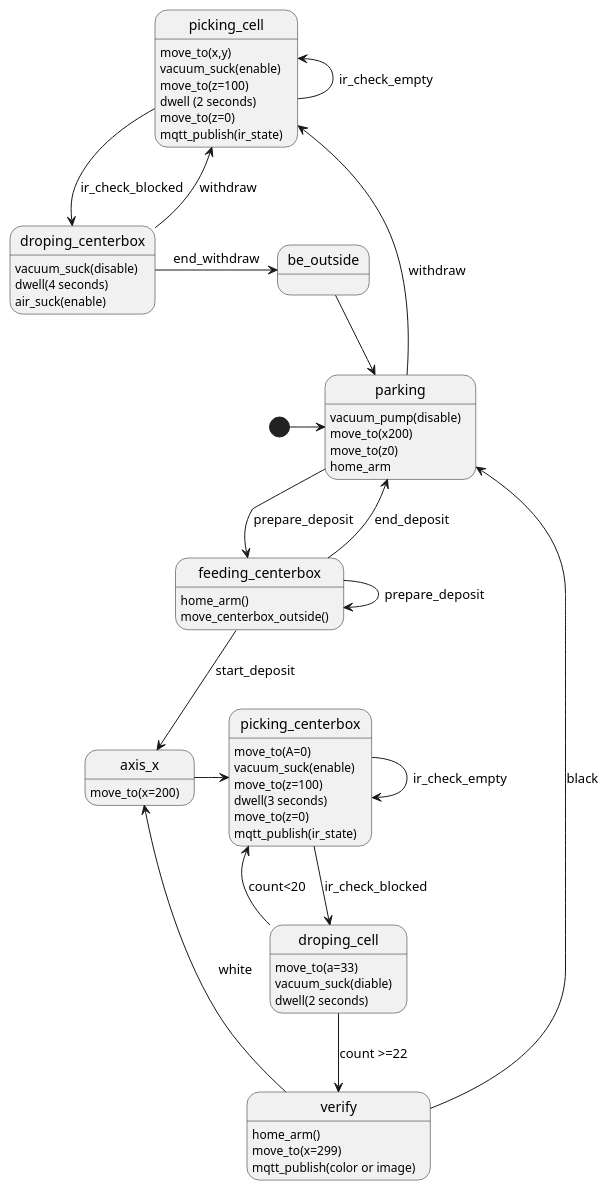
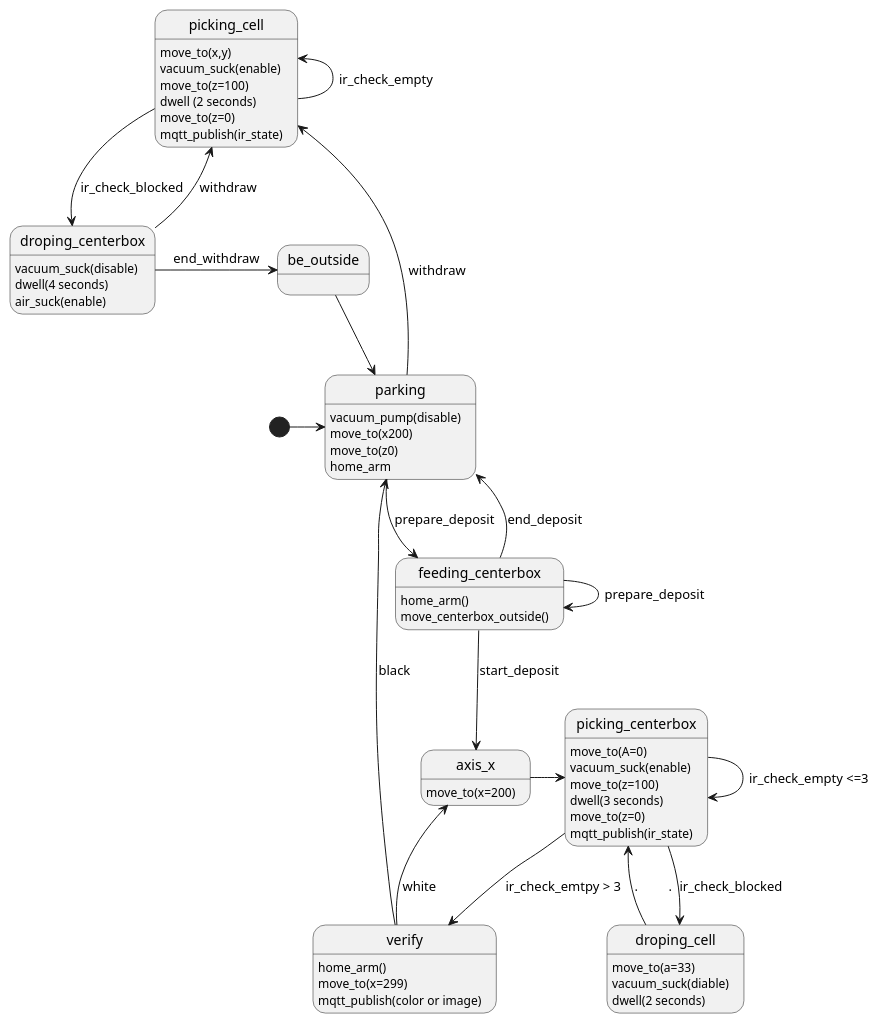
The diagram in esp32_arm/src/MyApps/teeth_wh/python/eef_statemachine.md (voicevon/gobot_front), drawn with PlantUML before and after one commit. The commit also changed 13 other files, not shown here.

```diff
--- a/esp32_arm/src/MyApps/teeth_wh/python/eef_statemachine.md
+++ b/esp32_arm/src/MyApps/teeth_wh/python/eef_statemachine.md
@@ -1,59 +1,59 @@
 @startuml
 [*] -> parking
 parking--> picking_cell: withdraw
 picking_cell <- picking_cell: ir_check_empty
 picking_cell --> droping_centerbox : ir_check_blocked
 droping_centerbox --> picking_cell: withdraw
 droping_centerbox ->be_outside : end_withdraw
 be_outside --> parking
 
 
 droping_centerbox: vacuum_suck(disable)
 droping_centerbox: dwell(4 seconds)
 droping_centerbox: air_suck(enable)
 parking: vacuum_pump(disable)
 parking: move_to(x200)
 parking: move_to(z0)
 parking: home_arm
 
 
 
 picking_cell: move_to(x,y)
 picking_cell: vacuum_suck(enable)
 picking_cell: move_to(z=100)
 picking_cell: dwell (2 seconds)
 picking_cell: move_to(z=0)
 picking_cell: mqtt_publish(ir_state)
 
 
 parking--> feeding_centerbox: prepare_deposit
 feeding_centerbox --> axis_x: start_deposit
 feeding_centerbox --> feeding_centerbox : prepare_deposit
 feeding_centerbox -> parking: end_deposit
 axis_x -> picking_centerbox
 picking_centerbox --> droping_cell: ir_check_blocked
-picking_centerbox --> picking_centerbox: ir_check_empty
-droping_cell --> verify: count >=22
-droping_cell -> picking_centerbox: count<20
+picking_centerbox --> picking_centerbox: ir_check_empty <=3
+picking_centerbox --> verify: ir_check_emtpy > 3
+droping_cell -> picking_centerbox: .         .
 verify -> axis_x: white
 verify -> parking: black
 
 feeding_centerbox: home_arm()
 feeding_centerbox: move_centerbox_outside()
 axis_x: move_to(x=200)
 picking_centerbox: move_to(A=0)
 picking_centerbox: vacuum_suck(enable)
 picking_centerbox: move_to(z=100)
 picking_centerbox: dwell(3 seconds)
 picking_centerbox: move_to(z=0)
 picking_centerbox: mqtt_publish(ir_state)
 droping_cell: move_to(a=33)
 droping_cell: vacuum_suck(diable)
 droping_cell: dwell(2 seconds)
 verify: home_arm()
 verify: move_to(x=299)
 verify: mqtt_publish(color or image)
 
 
 
 @enduml
```
